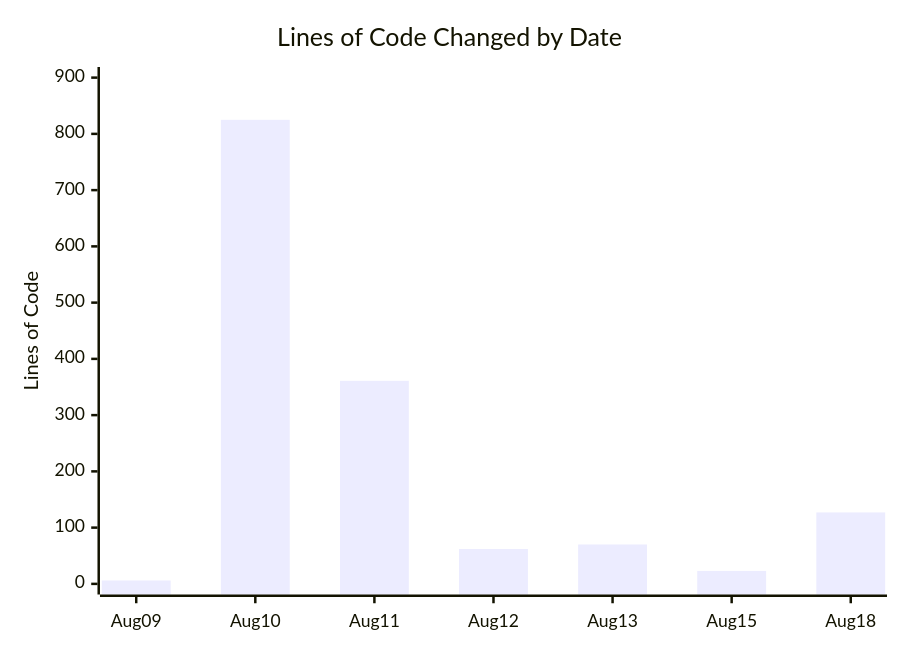
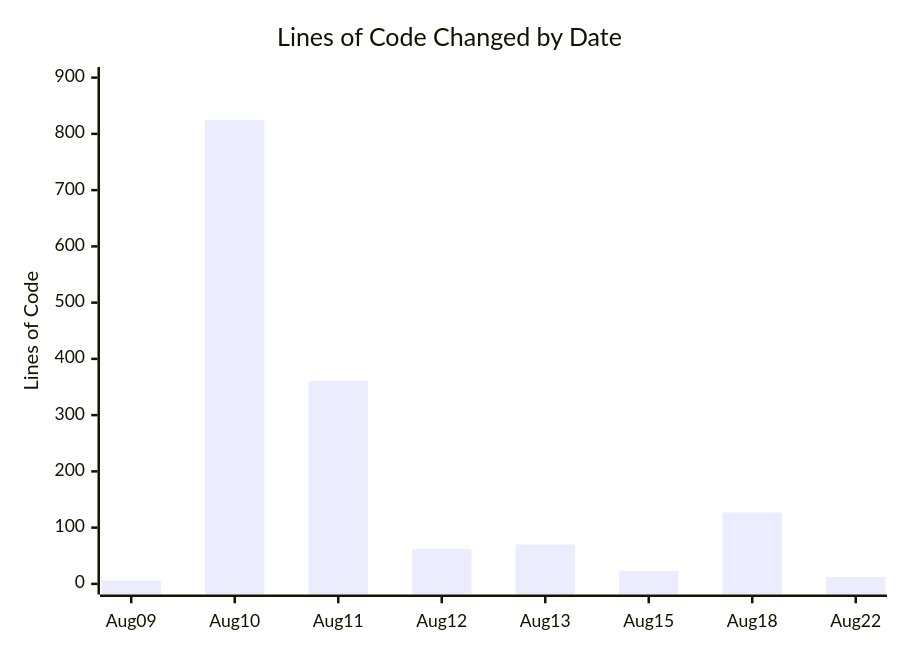
One commit to roger64s/gradagig-website changed the second of 3 diagrams in docs/PROJECT_SUMMARY.md. Above: the diagram before and after it, drawn with Mermaid. The commit also changed other lines of this file and 2 other files, not shown here.

````diff
--- a/docs/PROJECT_SUMMARY.md
+++ b/docs/PROJECT_SUMMARY.md
@@ -66,7 +67,7 @@
 ```mermaid
 xychart-beta
     title "Lines of Code Changed by Date"
-    x-axis [Aug 09, Aug 10, Aug 11, Aug 12, Aug 13, Aug 15, Aug 18]
+    x-axis [Aug 09, Aug 10, Aug 11, Aug 12, Aug 13, Aug 15, Aug 18, Aug 22]
     y-axis "Lines of Code" 0 --> 900
-    bar [6, 825, 361, 62, 70, 23, 127]
+    bar [6, 825, 361, 62, 70, 23, 127, 12]
 ```
````
